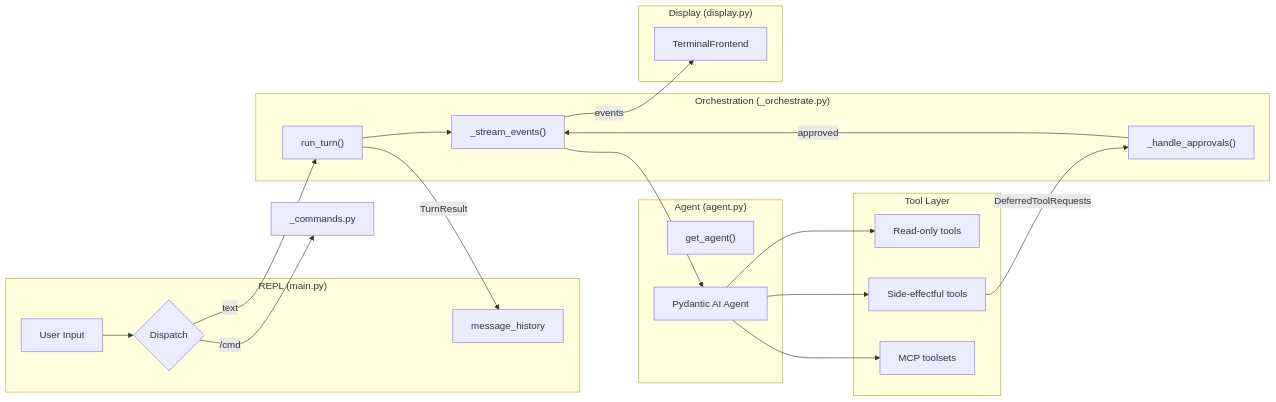
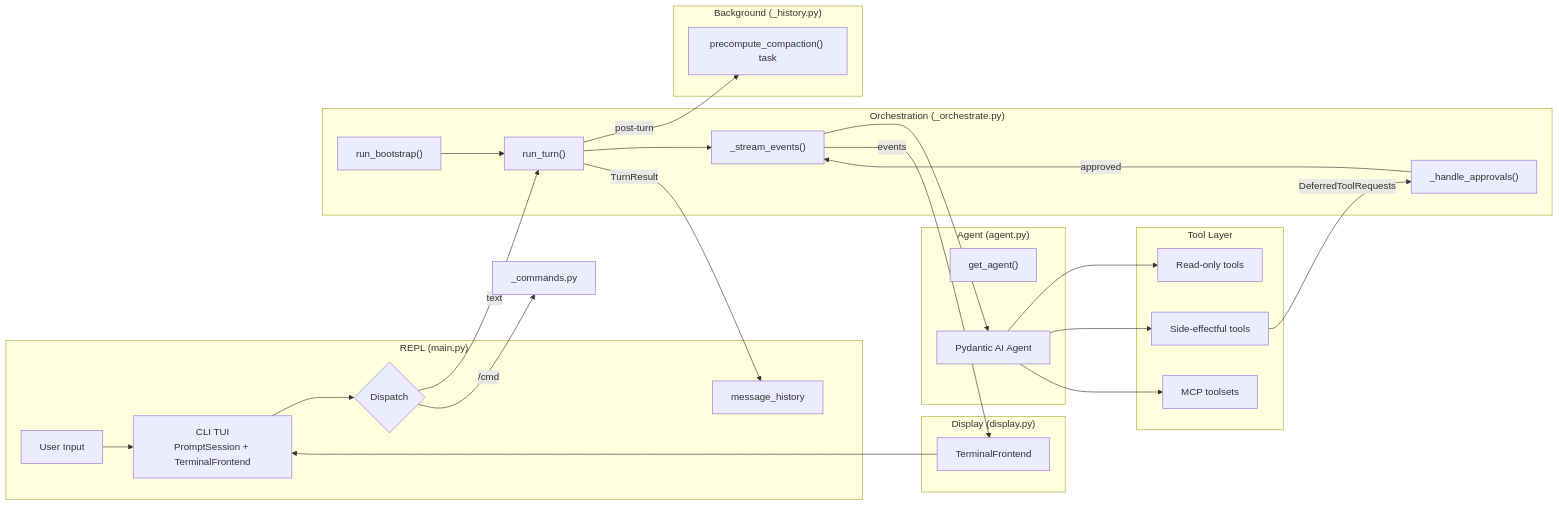
Before and after one commit to binlecode/co-cli: the second of 2 diagrams in docs/DESIGN-core.md, drawn with Mermaid. The commit also changed other lines of this file and 158 other files, not shown here.

````diff
--- a/docs/DESIGN-core.md
+++ b/docs/DESIGN-core.md
@@ -83,42 +101,52 @@
 ```mermaid
 graph LR
     subgraph REPL ["REPL (main.py)"]
         Input[User Input]
+        CliTui[CLI TUI<br/>PromptSession + TerminalFrontend]
         Dispatch{Dispatch}
         History[message_history]
     end
 
     subgraph Orchestration ["Orchestration (_orchestrate.py)"]
         RunTurn["run_turn()"]
         Stream["_stream_events()"]
         Approve["_handle_approvals()"]
+        Bootstrap["run_bootstrap()"]
     end
 
     subgraph Agent ["Agent (agent.py)"]
         Factory["get_agent()"]
         PydanticAgent[Pydantic AI Agent]
     end
 
     subgraph Display ["Display (display.py)"]
         Frontend[TerminalFrontend]
     end
 
+    subgraph Background ["Background (_history.py)"]
+        Precompact["precompute_compaction() task"]
+    end
+
     subgraph Tools ["Tool Layer"]
         ReadOnly[Read-only tools]
         SideEffect[Side-effectful tools]
         MCP[MCP toolsets]
     end
 
-    Input --> Dispatch
+    Input --> CliTui
+    CliTui --> Dispatch
     Dispatch -->|text| RunTurn
     Dispatch -->|/cmd| SlashCmd[_commands.py]
+    RunTurn -->|post-turn| Precompact
+    Bootstrap --> RunTurn
     RunTurn --> Stream
     Stream --> PydanticAgent
     PydanticAgent --> ReadOnly
     PydanticAgent --> SideEffect
     PydanticAgent --> MCP
     SideEffect -->|DeferredToolRequests| Approve
     Approve -->|approved| Stream
     Stream -->|events| Frontend
+    Frontend --> CliTui
     RunTurn -->|TurnResult| History
 ```
````
